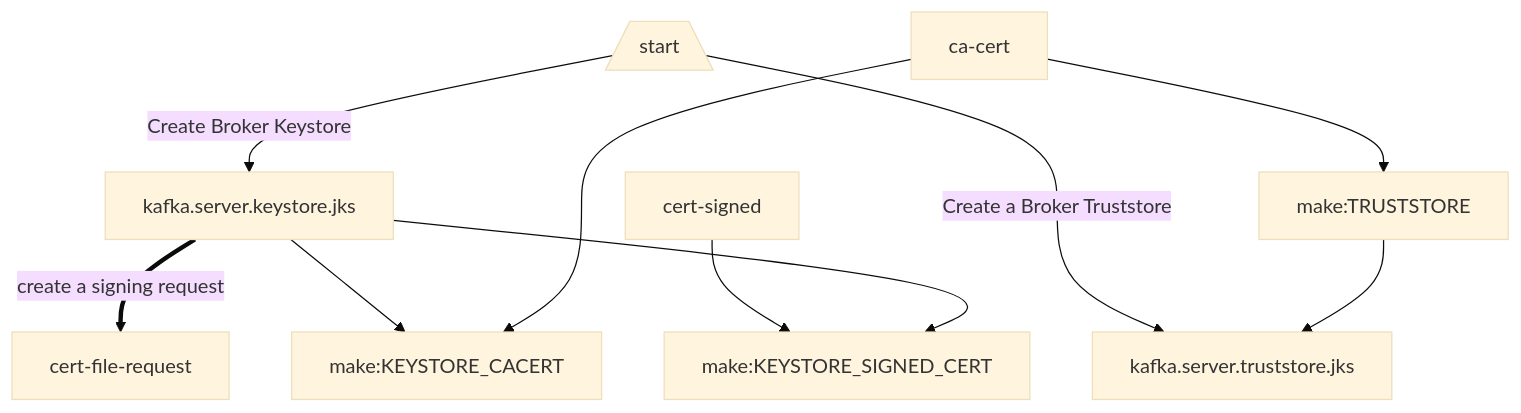
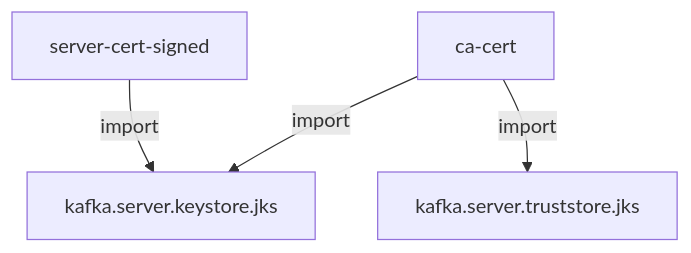
Before and after one commit to decodableco/examples: the fourth of 7 diagrams in mtls/README.md, drawn with Mermaid. The commit also changed other lines of this file, not shown here.

````diff
--- a/mtls/README.md
+++ b/mtls/README.md
@@ -47,21 +47,10 @@
 ```mermaid
-%%{init: {'theme':'base'}}%%
 flowchart TD;
 
 
+    ca-cert-->|import|jks[kafka.server.keystore.jks]
+    ca-cert-->|import|kafka.server.truststore.jks
 
-    s[/start\]-->|Create Broker Keystore| jks[kafka.server.keystore.jks]
-
-    jks==>|create a signing request| cert-file-request
-
-    s-->|Create a Broker Truststore|kafka.server.truststore.jks
-
-    ca-cert-->make:TRUSTSTORE-->kafka.server.truststore.jks
-
-    jks-->make:KEYSTORE_CACERT
-    ca-cert-->make:KEYSTORE_CACERT
-
-    cert-signed-->make:KEYSTORE_SIGNED_CERT
-    jks-->make:KEYSTORE_SIGNED_CERT
+    server-cert-signed-->|import|jks
 
 ```
````
